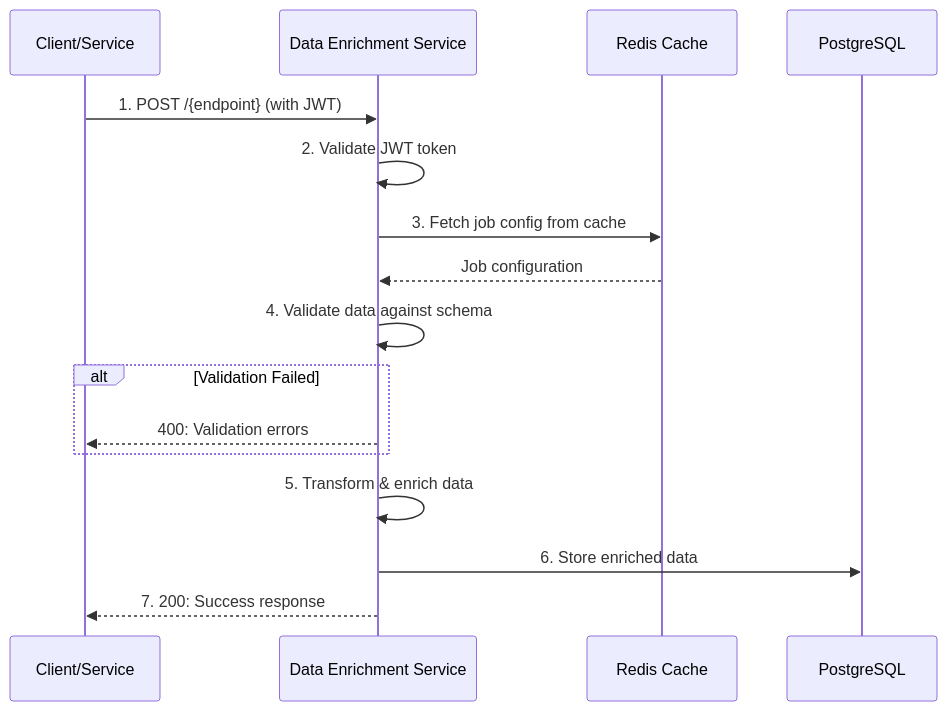
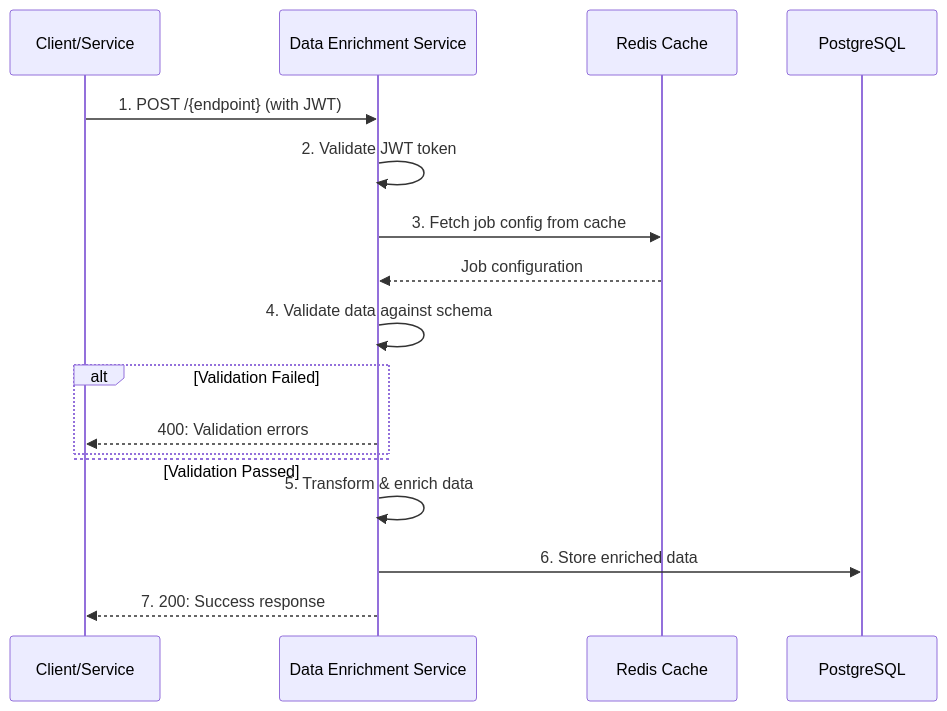
One commit to tazama-lf/data-enrichment-service changed the first of 2 diagrams in README.md. Above: the diagram before and after it, drawn with Mermaid. The commit also changed other lines of this file and 6 other files, not shown here.

````diff
--- a/README.md
+++ b/README.md
@@ -189,19 +189,20 @@
 ```mermaid
 sequenceDiagram
     participant Client as Client/Service
     participant DEAPI as Data Enrichment Service
     participant Redis as Redis Cache
     participant DB as PostgreSQL
     
     Client->>DEAPI: 1. POST /{endpoint} (with JWT)
     DEAPI->>DEAPI: 2. Validate JWT token
     DEAPI->>Redis: 3. Fetch job config from cache
     Redis-->>DEAPI: Job configuration
     DEAPI->>DEAPI: 4. Validate data against schema
     alt Validation Failed
         DEAPI-->>Client: 400: Validation errors
+    else Validation Passed
     end
     DEAPI->>DEAPI: 5. Transform & enrich data
     DEAPI->>DB: 6. Store enriched data
     DEAPI-->>Client: 7. 200: Success response
 ```
````
